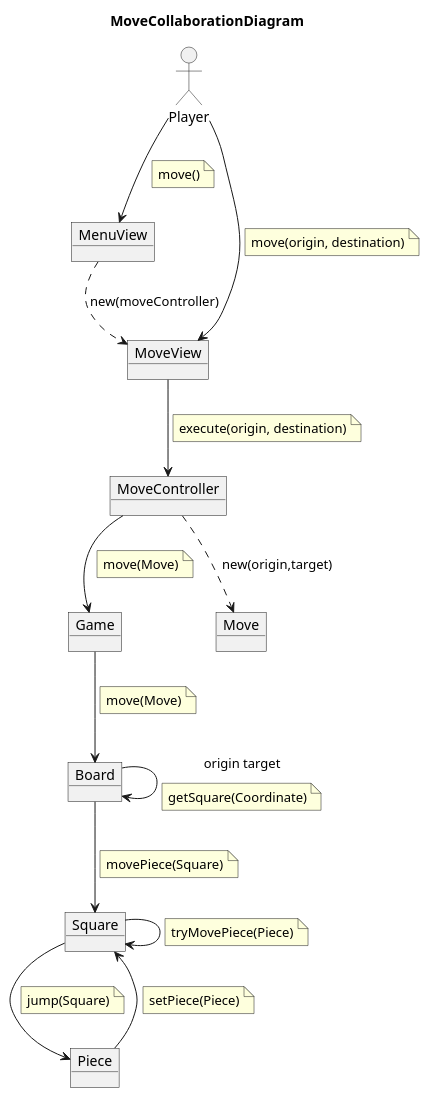
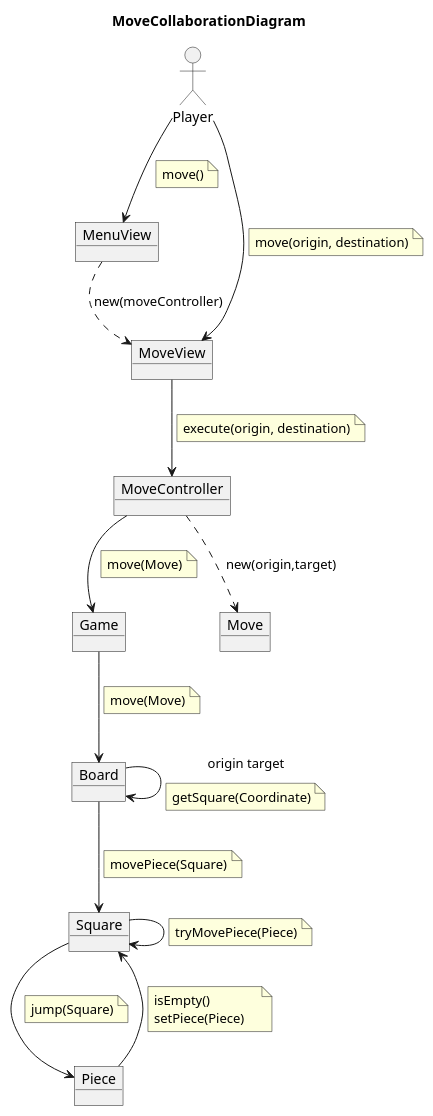
The diagram in docs/src/analysis/use-cases/move-colab.plantuml (Master-Desarrollo-20-21/patrones-diseno---practica-final---juego-de-las-damas-fraylopez), drawn with PlantUML before and after one commit.

Commit message:
Add isEmpty message

```diff
--- a/docs/src/analysis/use-cases/move-colab.plantuml
+++ b/docs/src/analysis/use-cases/move-colab.plantuml
@@ -1,69 +1,70 @@
 @startuml MoveCollaborationDiagram
 title MoveCollaborationDiagram
 
 allow_mixing
 ' left to right direction
 
 actor Player
 object MenuView
 object MoveView
 object MoveController
 object Game
 object Move
 object Board
 object Piece
 object Square
 
 Player --> MenuView
 note on link
     move()
 end note
 MenuView ..> MoveView : new(moveController)
 
 Player --> MoveView
 note on link
     move(origin, destination)
 end note
 
 MoveView --> MoveController
 note on link
     execute(origin, destination)
 end note
 
 MoveController --> Game
 note on link
     move(Move)
 end note
 
 MoveController ..> Move : new(origin,target)
 
 Game --> Board
 note on link
     move(Move)
 end note
 
 Square --> Piece
 note on link
     jump(Square)
 end note
 
 Board --> Board : origin target
 note on link
     getSquare(Coordinate)
 end note
 
 Board --> Square
 note on link
     movePiece(Square)
 end note
 
 Square --> Square
 note on link
     tryMovePiece(Piece)
 end note
 
 Piece --> Square
 note on link
-    setPiece(Piece)
+    isEmpty()
+    setPiece(Piece)    
 end note
 @enduml
```
